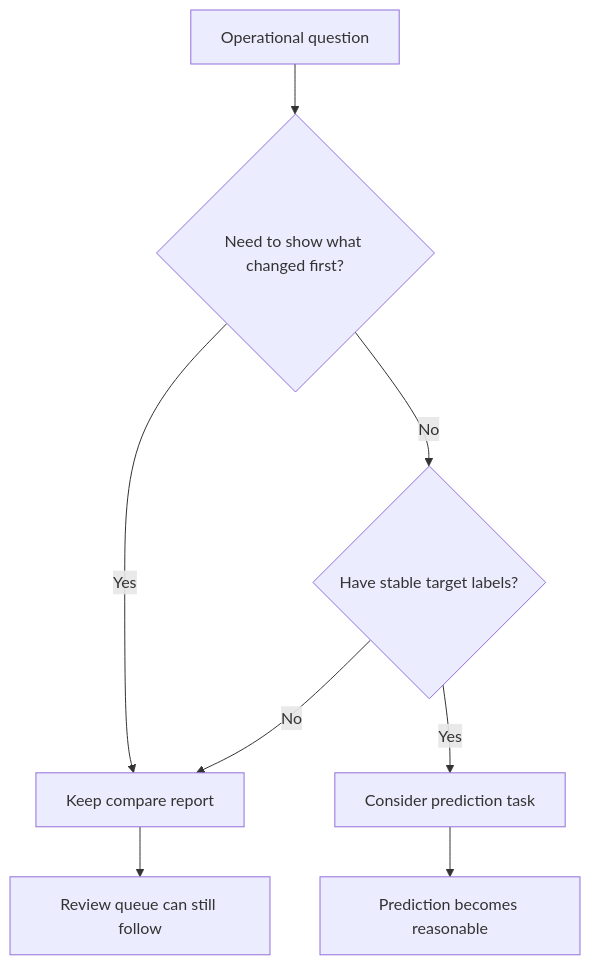
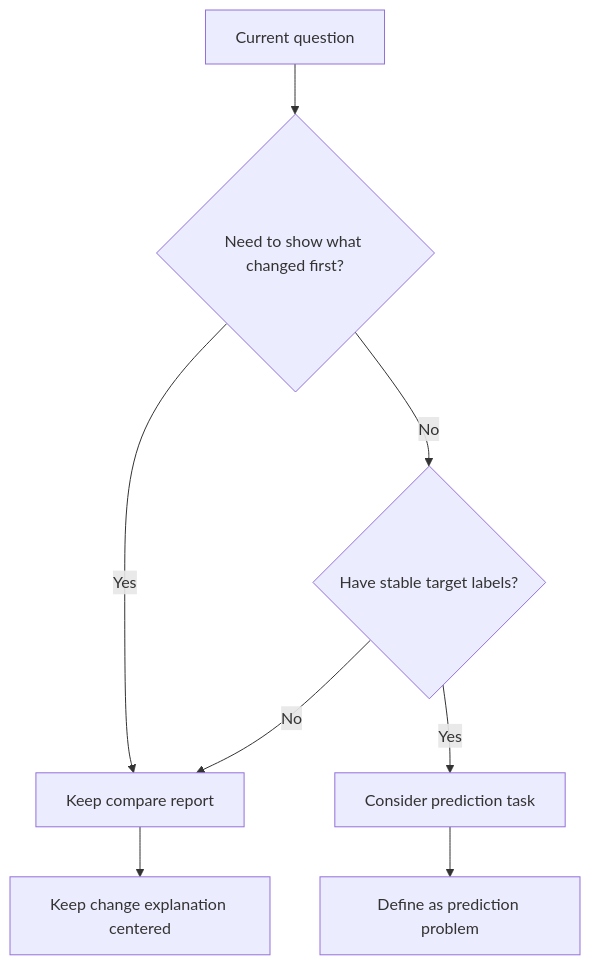
Before and after one commit to devchan64/AiBook: the diagram in docs/en/parts/part-03/chapter-09/section-02.md, drawn with Mermaid. The commit also changed other lines of this file and 43 other files, not shown here.

````diff
--- a/docs/en/parts/part-03/chapter-09/section-02.md
+++ b/docs/en/parts/part-03/chapter-09/section-02.md
@@ -54,12 +54,12 @@
 ```mermaid
 flowchart TD
-    A[Operational question]
+    A[Current question]
     A --> B{Need to show what changed first?}
     B -->|Yes| C[Keep compare report]
     B -->|No| D{Have stable target labels?}
     D -->|No| C
     D -->|Yes| E[Consider prediction task]
 
-    C --> F[Review queue can still follow]
-    E --> G[Prediction becomes reasonable]
+    C --> F[Keep change explanation centered]
+    E --> G[Define as prediction problem]
 ```
````
